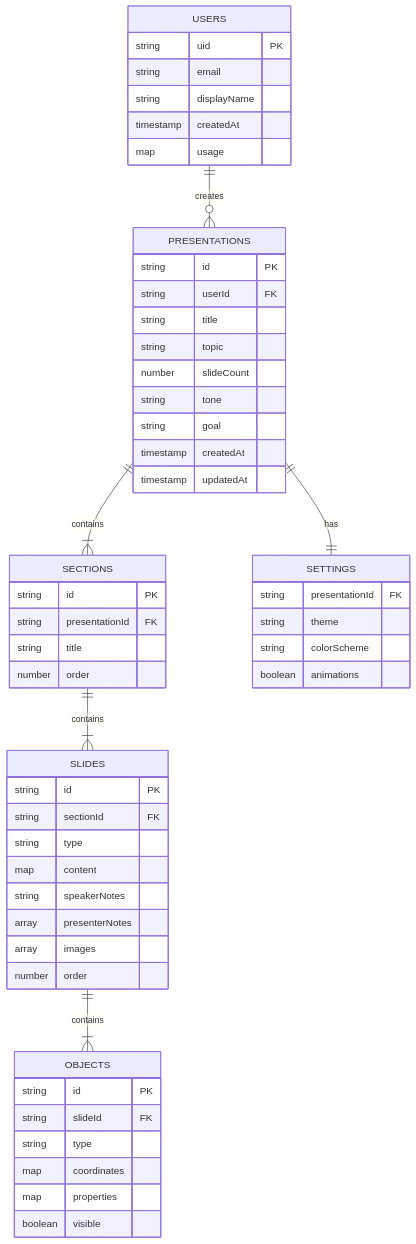
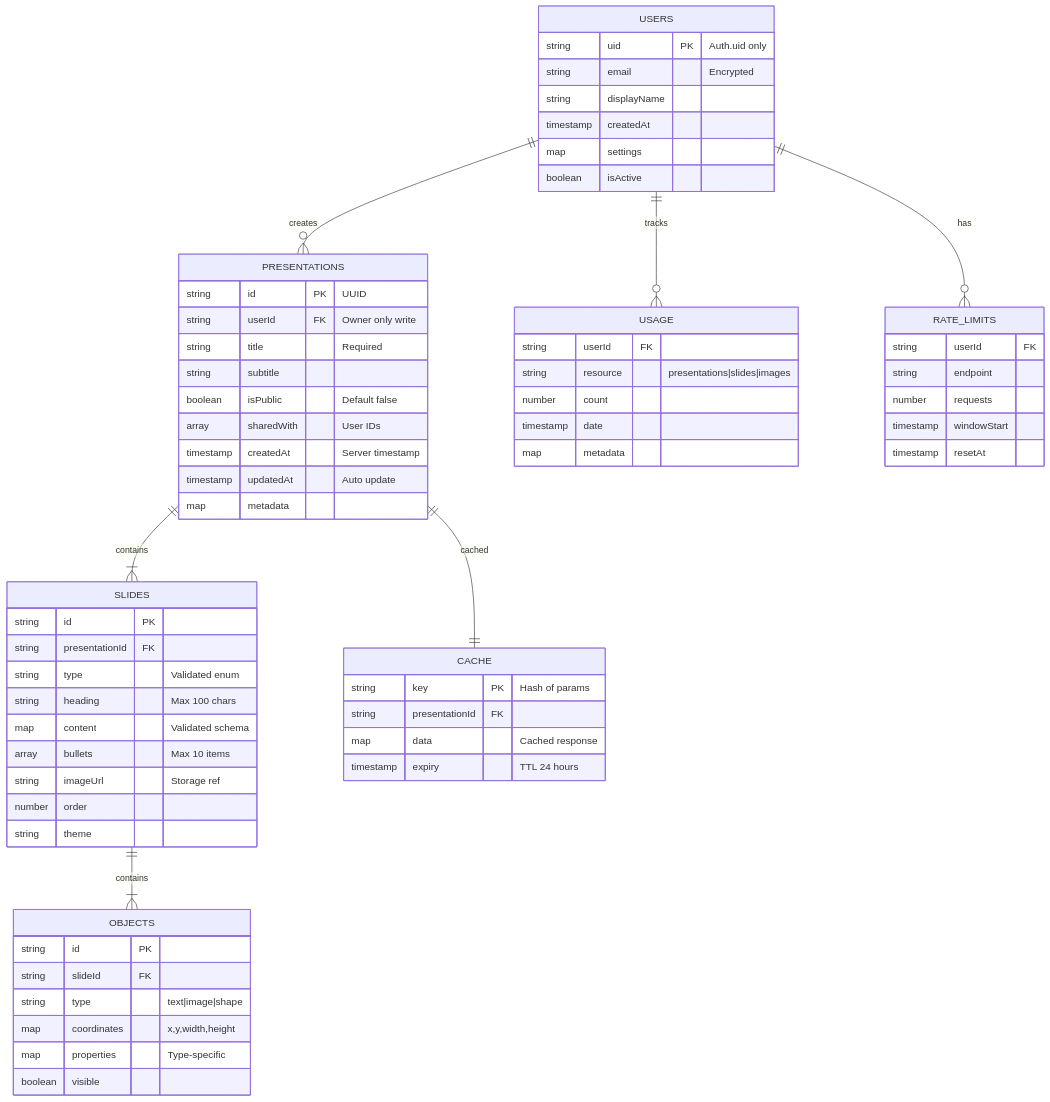
The fifth of 11 diagrams in MERMAID.md (welshofer/phoenix-web), drawn with Mermaid before and after one commit. The commit also changed other lines of this file and 57 other files, not shown here.

````diff
--- a/MERMAID.md
+++ b/MERMAID.md
@@ -250,62 +266,74 @@
 ```mermaid
 erDiagram
     USERS ||--o{ PRESENTATIONS : creates
-    PRESENTATIONS ||--|{ SECTIONS : contains
-    SECTIONS ||--|{ SLIDES : contains
+    PRESENTATIONS ||--|{ SLIDES : contains
     SLIDES ||--|{ OBJECTS : contains
-    PRESENTATIONS ||--|| SETTINGS : has
+    PRESENTATIONS ||--|| CACHE : cached
+    USERS ||--o{ USAGE : tracks
+    USERS ||--o{ RATE_LIMITS : has
     
     USERS {
-        string uid PK
-        string email
+        string uid PK "Auth.uid only"
+        string email "Encrypted"
         string displayName
         timestamp createdAt
-        map usage
+        map settings
+        boolean isActive
     }
     
     PRESENTATIONS {
-        string id PK
-        string userId FK
-        string title
-        string topic
-        number slideCount
-        string tone
-        string goal
-        timestamp createdAt
-        timestamp updatedAt
-    }
-    
-    SECTIONS {
-        string id PK
-        string presentationId FK
-        string title
-        number order
+        string id PK "UUID"
+        string userId FK "Owner only write"
+        string title "Required"
+        string subtitle
+        boolean isPublic "Default false"
+        array sharedWith "User IDs"
+        timestamp createdAt "Server timestamp"
+        timestamp updatedAt "Auto update"
+        map metadata
     }
     
     SLIDES {
         string id PK
-        string sectionId FK
-        string type
-        map content
-        string speakerNotes
-        array presenterNotes
-        array images
+        string presentationId FK
+        string type "Validated enum"
+        string heading "Max 100 chars"
+        map content "Validated schema"
+        array bullets "Max 10 items"
+        string imageUrl "Storage ref"
         number order
+        string theme
     }
     
     OBJECTS {
         string id PK
         string slideId FK
-        string type
-        map coordinates
-        map properties
+        string type "text|image|shape"
+        map coordinates "x,y,width,height"
+        map properties "Type-specific"
         boolean visible
     }
     
-    SETTINGS {
+    CACHE {
+        string key PK "Hash of params"
         string presentationId FK
-        string theme
-        string colorScheme
-        boolean animations
+        map data "Cached response"
+        timestamp expiry "TTL 24 hours"
+    }
+    
+    USAGE {
+        string userId FK
+        string resource "presentations|slides|images"
+        number count
+        timestamp date
+        map metadata
+    }
+    
+    RATE_LIMITS {
+        string userId FK
+        string endpoint
+        number requests
+        timestamp windowStart
+        timestamp resetAt
     }
 ```
````
